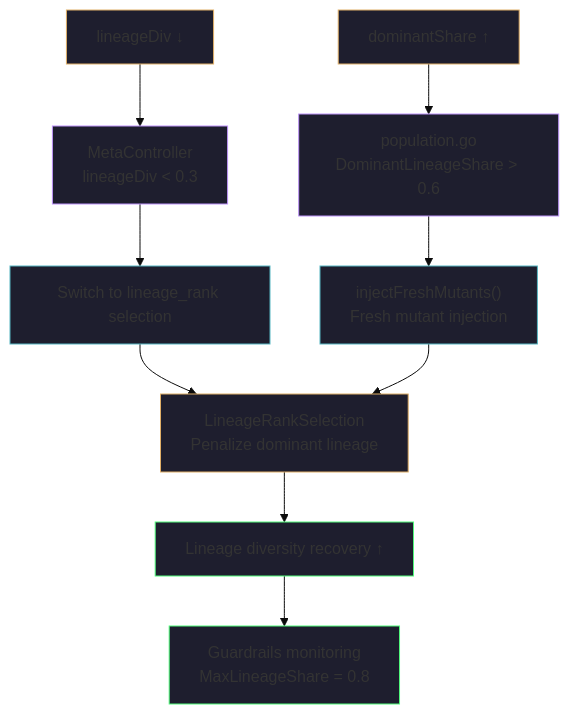
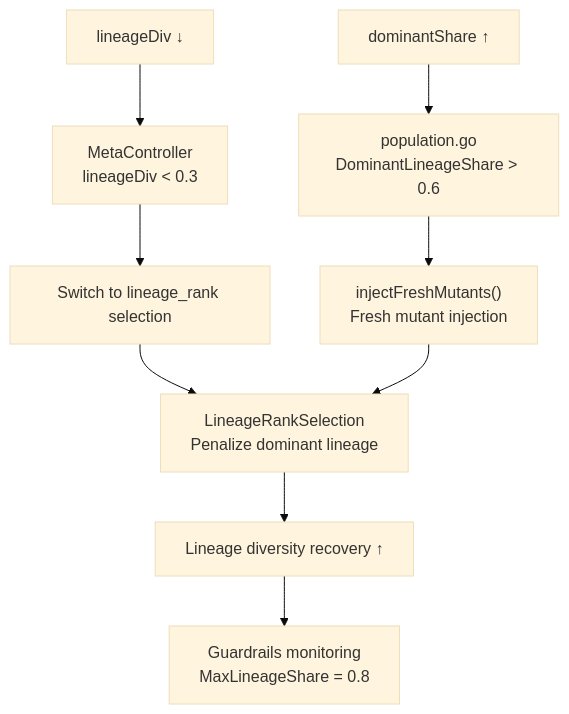
One commit to Timwood0x10/myblog changed the second of 2 diagrams in content/log/ARES/24.5-ga-genealogy.md. Above: the diagram before and after it, drawn with Mermaid (base theme). The commit also changed other lines of this file and 11 other files, not shown here.

Commit message:
refactor(theme): unify Mermaid chart theme styles

````diff
--- a/content/log/ARES/24.5-ga-genealogy.md
+++ b/content/log/ARES/24.5-ga-genealogy.md
@@ -584,24 +571,15 @@
 ```mermaid
 flowchart TD
     A["lineageDiv ↓"] --> B["MetaController\nlineageDiv &lt; 0.3"]
     C["dominantShare ↑"] --> D["population.go\nDominantLineageShare &gt; 0.6"]
 
     B --> E["Switch to lineage_rank selection"]
     D --> F["injectFreshMutants()\nFresh mutant injection"]
 
     E --> G["LineageRankSelection\nPenalize dominant lineage"]
     F --> G
 
     G --> H["Lineage diversity recovery ↑"]
     H --> I["Guardrails monitoring\nMaxLineageShare = 0.8"]
 
-    style A fill:#1e1e2e,stroke:#e0af68
-    style C fill:#1e1e2e,stroke:#e0af68
-    style B fill:#1e1e2e,stroke:#bd93f9
-    style D fill:#1e1e2e,stroke:#bd93f9
-    style E fill:#1e1e2e,stroke:#56b6c2
-    style F fill:#1e1e2e,stroke:#56b6c2
-    style G fill:#1e1e2e,stroke:#e0af68
-    style H fill:#1e1e2e,stroke:#50fa7b
-    style I fill:#1e1e2e,stroke:#50fa7b
 ```
````
